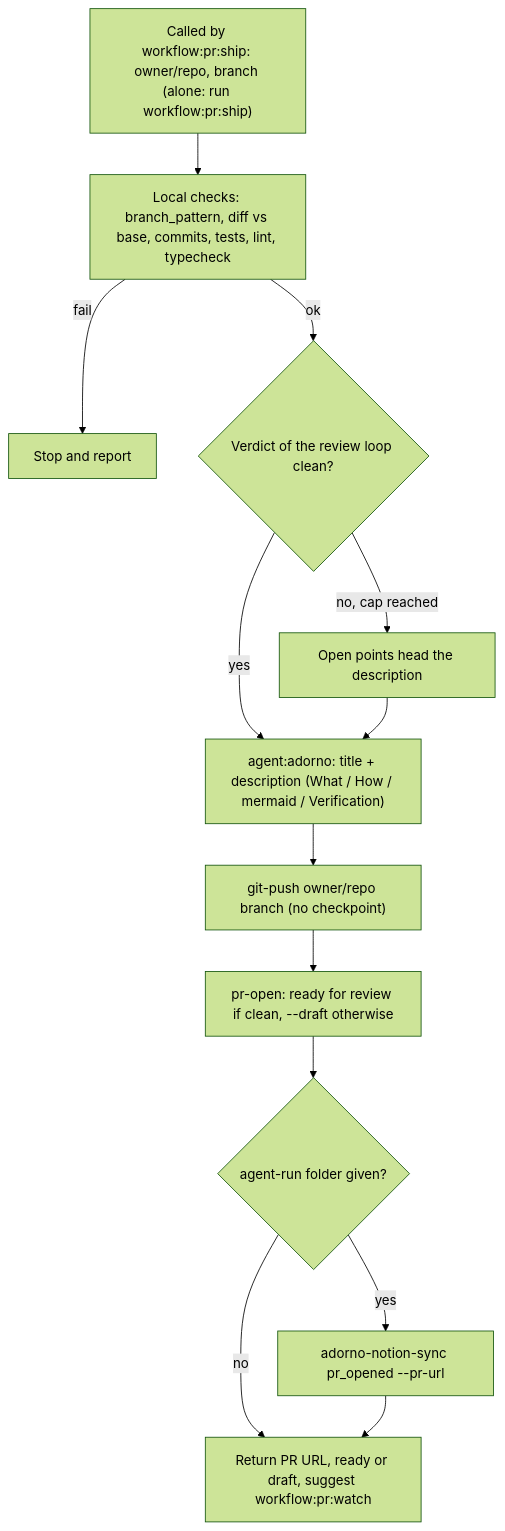
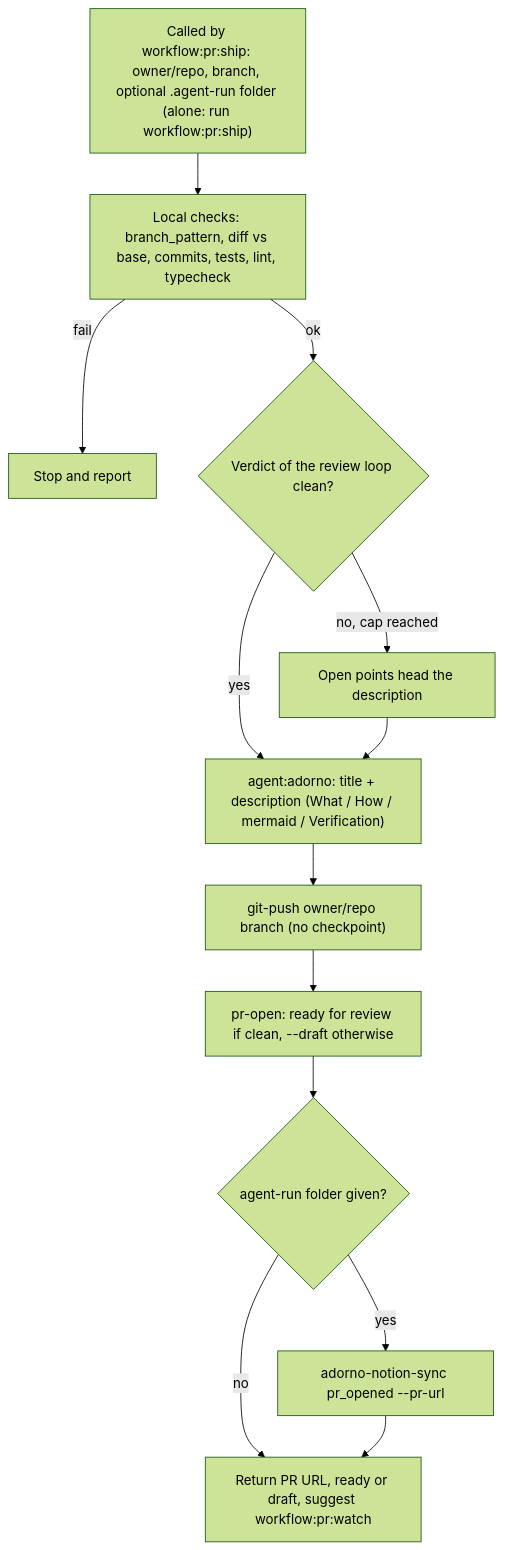
The second of 6 diagrams in src/workflows/pr/SCHEMA.md (nicolasmondain/adorno), drawn with Mermaid (forest theme) before and after one commit. The commit also changed other lines of this file and 86 other files, not shown here.

````diff
--- a/src/workflows/pr/SCHEMA.md
+++ b/src/workflows/pr/SCHEMA.md
@@ -26,15 +26,15 @@
 ```mermaid
 flowchart TD
-  A["Called by workflow:pr:ship: owner/repo, branch (alone: run workflow:pr:ship)"] --> C["Local checks: branch_pattern, diff vs base, commits, tests, lint, typecheck"]
+  A["Called by workflow:pr:ship: owner/repo, branch, optional .agent-run folder (alone: run workflow:pr:ship)"] --> C["Local checks: branch_pattern, diff vs base, commits, tests, lint, typecheck"]
   C -->|"fail"| X["Stop and report"]
   C -->|"ok"| G{"Verdict of the review loop clean?"}
   G -->|"yes"| H["agent:adorno: title + description (What / How / mermaid / Verification)"]
   G -->|"no, cap reached"| GH["Open points head the description"]
   GH --> H
   H --> K["git-push owner/repo branch (no checkpoint)"]
   K --> L["pr-open: ready for review if clean, --draft otherwise"]
   L --> NS{"agent-run folder given?"}
   NS -->|"yes"| NP["adorno-notion-sync pr_opened --pr-url"]
   NS -->|"no"| M["Return PR URL, ready or draft, suggest workflow:pr:watch"]
   NP --> M
 ```
````
